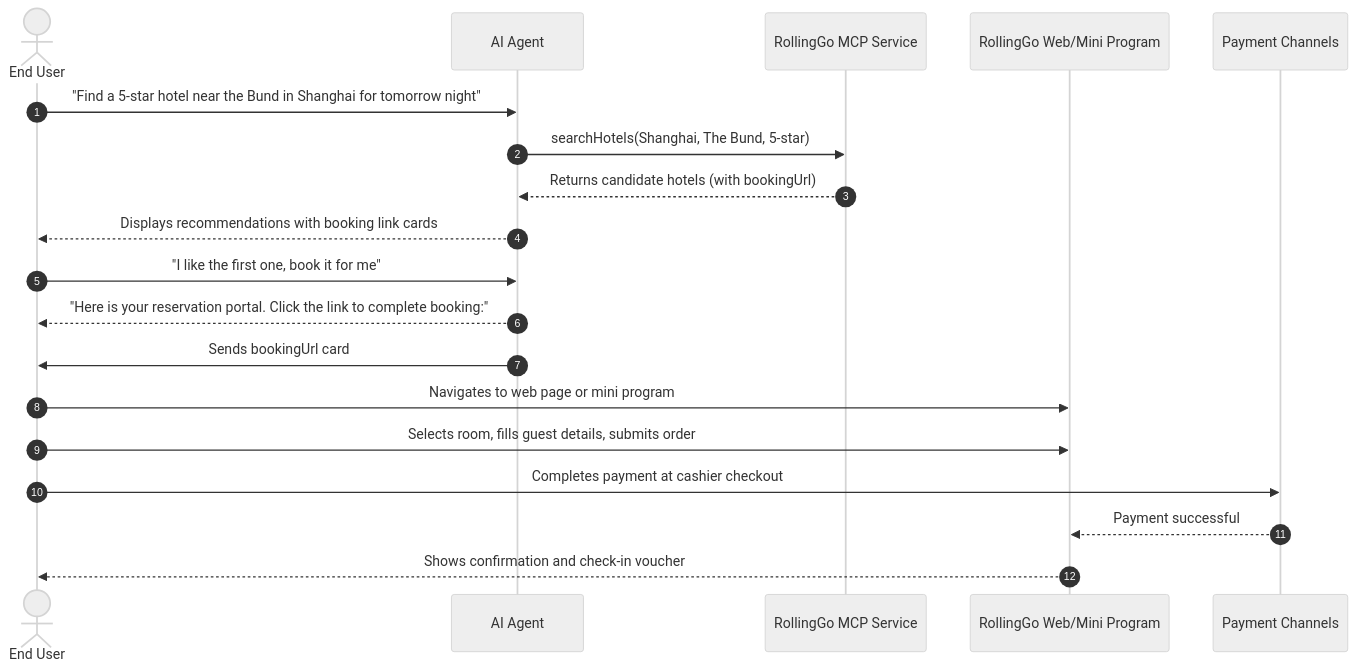
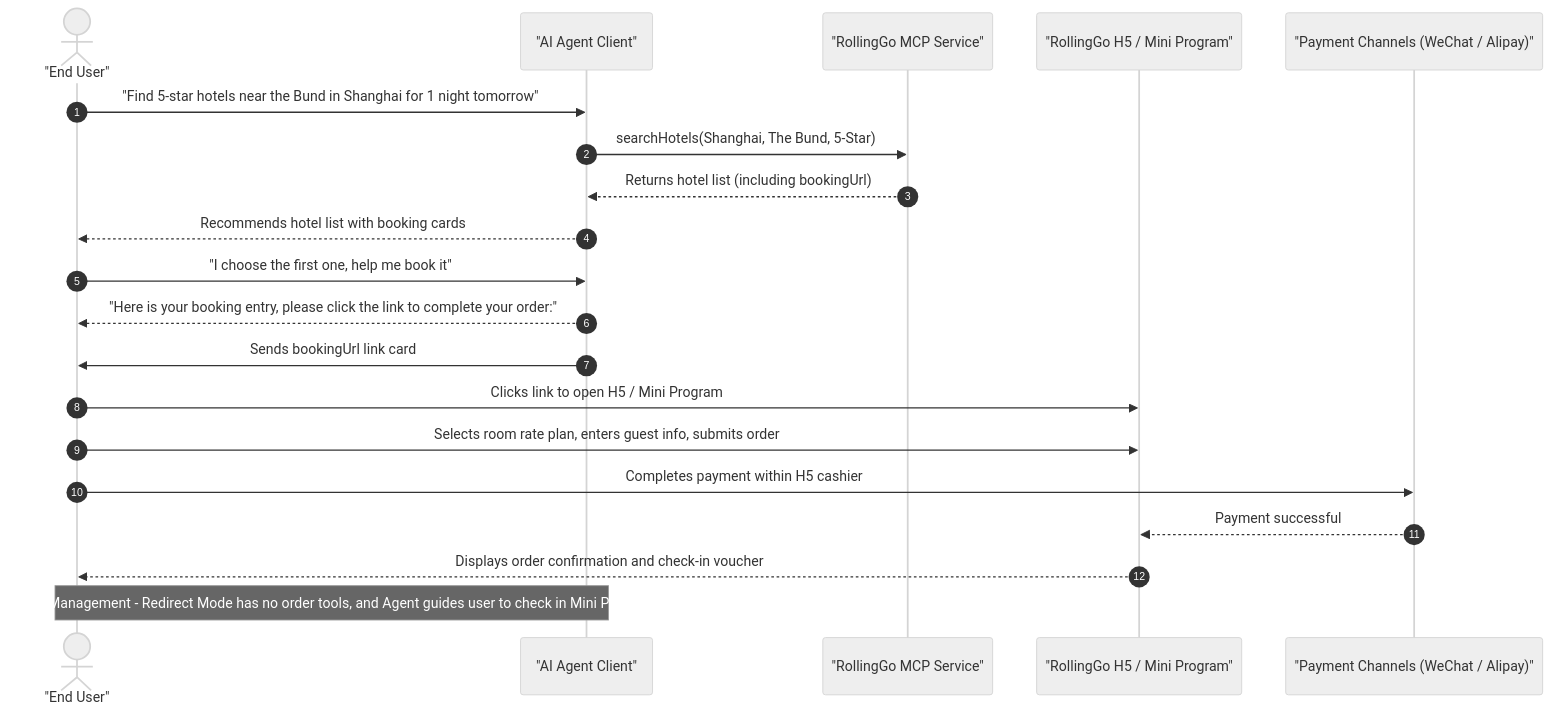
Before and after one commit to RollingGo-AI/docs: the first of 2 diagrams in guides/overview.mdx, drawn with Mermaid (neutral theme). The commit also changed other lines of this file and 1 other file, not shown here.

Commit message:
docs(overview): sync verbatim content before section 1.7 from MyBook product guide

````diff
--- a/guides/overview.mdx
+++ b/guides/overview.mdx
@@ -32,24 +45,26 @@
 ```mermaid
 sequenceDiagram
     autonumber
-    actor User as End User
-    participant Agent as AI Agent
-    participant RG as RollingGo MCP Service
-    participant WebApp as RollingGo Web/Mini Program
-    participant Pay as Payment Channels
+    actor User as "End User"
+    participant Agent as "AI Agent Client"
+    participant RG as "RollingGo MCP Service"
+    participant H5 as "RollingGo H5 / Mini Program"
+    participant Pay as "Payment Channels (WeChat / Alipay)"
 
-    User->>Agent: "Find a 5-star hotel near the Bund in Shanghai for tomorrow night"
-    Agent->>RG: searchHotels(Shanghai, The Bund, 5-star)
-    RG-->>Agent: Returns candidate hotels (with bookingUrl)
-    Agent-->>User: Displays recommendations with booking link cards
+    User->>Agent: "Find 5-star hotels near the Bund in Shanghai for 1 night tomorrow"
+    Agent->>RG: searchHotels(Shanghai, The Bund, 5-Star)
+    RG-->>Agent: Returns hotel list (including bookingUrl)
+    Agent-->>User: Recommends hotel list with booking cards
 
-    User->>Agent: "I like the first one, book it for me"
-    Agent-->>User: "Here is your reservation portal. Click the link to complete booking:"
-    Agent->>User: Sends bookingUrl card
+    User->>Agent: "I choose the first one, help me book it"
+    Agent-->>User: "Here is your booking entry, please click the link to complete your order:"
+    Agent->>User: Sends bookingUrl link card
 
-    User->>WebApp: Navigates to web page or mini program
-    User->>WebApp: Selects room, fills guest details, submits order
-    User->>Pay: Completes payment at cashier checkout
-    Pay-->>WebApp: Payment successful
-    WebApp-->>User: Shows confirmation and check-in voucher
+    User->>H5: Clicks link to open H5 / Mini Program
+    User->>H5: Selects room rate plan, enters guest info, submits order
+    User->>Pay: Completes payment within H5 cashier
+    Pay-->>H5: Payment successful
+    H5-->>User: Displays order confirmation and check-in voucher
+
+    Note over User, Agent: Order Management - Redirect Mode has no order tools, and Agent guides user to check in Mini Program
 ```
````
